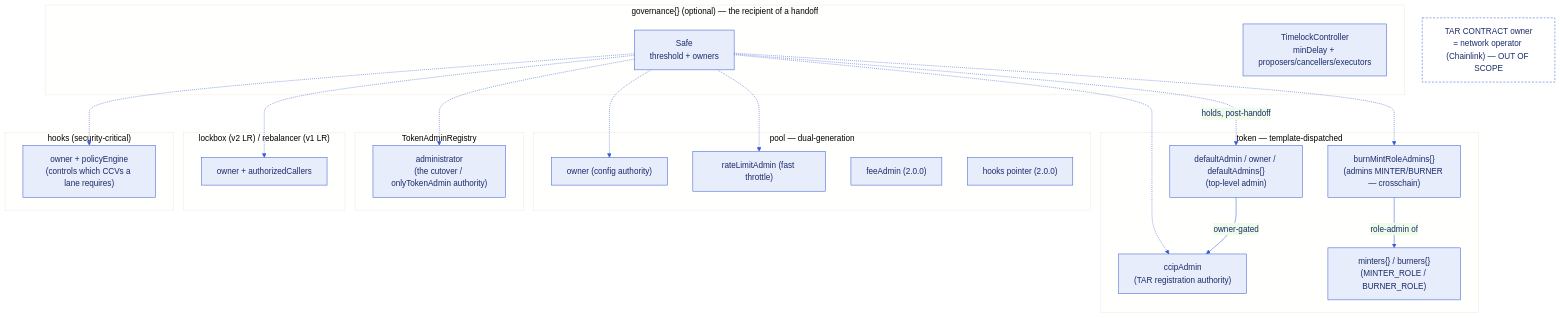
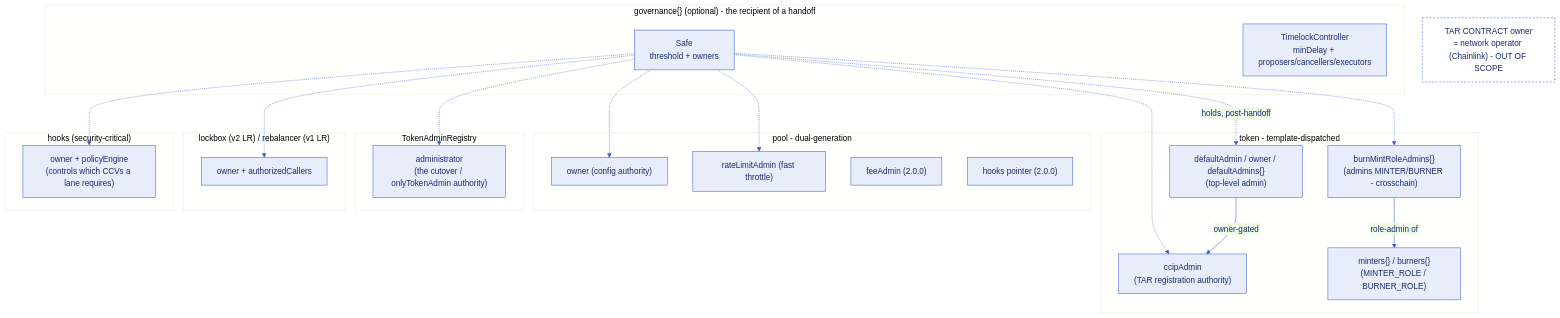
Before and after one commit to smartcontractkit/docs-cct-foundry: the first of 3 diagrams in docs/roles.md, drawn with Mermaid. The commit also changed other lines of this file and 250 other files, not shown here.

First line of the commit message:
docs: two-audience information architecture, primitives catalog, deploy golden path, and a pre-send preflight

````diff
--- a/docs/roles.md
+++ b/docs/roles.md
@@ -28,48 +32,48 @@
 ```mermaid
 %%{init: {'theme':'base','themeVariables':{'primaryColor':'#E8EDFB','primaryBorderColor':'#375BD2','primaryTextColor':'#1A2B6B','lineColor':'#375BD2','fontFamily':'ui-sans-serif, system-ui, sans-serif'}}}%%
 flowchart TB
-  subgraph GOV["governance{} (optional) — the recipient of a handoff"]
+  subgraph GOV["governance{} (optional) - the recipient of a handoff"]
     SAFE["Safe<br/>threshold + owners"]
     TL["TimelockController<br/>minDelay + proposers/cancellers/executors"]
   end
 
-  subgraph TOKEN["token — template-dispatched"]
+  subgraph TOKEN["token - template-dispatched"]
     DA["defaultAdmin / owner / defaultAdmins{}<br/>(top-level admin)"]
     CA["ccipAdmin<br/>(TAR registration authority)"]
-    BMA["burnMintRoleAdmins{}<br/>(admins MINTER/BURNER — crosschain)"]
+    BMA["burnMintRoleAdmins{}<br/>(admins MINTER/BURNER - crosschain)"]
     MB["minters{} / burners{}<br/>(MINTER_ROLE / BURNER_ROLE)"]
   end
 
-  subgraph POOL["pool — dual-generation"]
+  subgraph POOL["pool - dual-generation"]
     PO["owner (config authority)"]
     RLA["rateLimitAdmin (fast throttle)"]
     FA["feeAdmin (2.0.0)"]
     HK["hooks pointer (2.0.0)"]
   end
 
   subgraph TAR["TokenAdminRegistry"]
     ADMIN["administrator<br/>(the cutover / onlyTokenAdmin authority)"]
   end
 
   subgraph LB["lockbox (v2 LR) / rebalancer (v1 LR)"]
     LBO["owner + authorizedCallers"]
   end
 
   subgraph HOOKS["hooks (security-critical)"]
     HO["owner + policyEngine<br/>(controls which CCVs a lane requires)"]
   end
 
   SAFE -.->|holds, post-handoff| DA
   SAFE -.-> CA
   SAFE -.-> BMA
   SAFE -.-> PO
   SAFE -.-> RLA
   SAFE -.-> ADMIN
   SAFE -.-> LBO
   SAFE -.-> HO
   BMA -->|role-admin of| MB
   DA -->|owner-gated| CA
 
   classDef out fill:#FFFFFF,stroke:#375BD2,stroke-dasharray:4 3,color:#1A2B6B;
-  TAROWNER["TAR CONTRACT owner\n= network operator (Chainlink) — OUT OF SCOPE"]:::out
+  TAROWNER["TAR CONTRACT owner\n= network operator (Chainlink) - OUT OF SCOPE"]:::out
 ```
````
